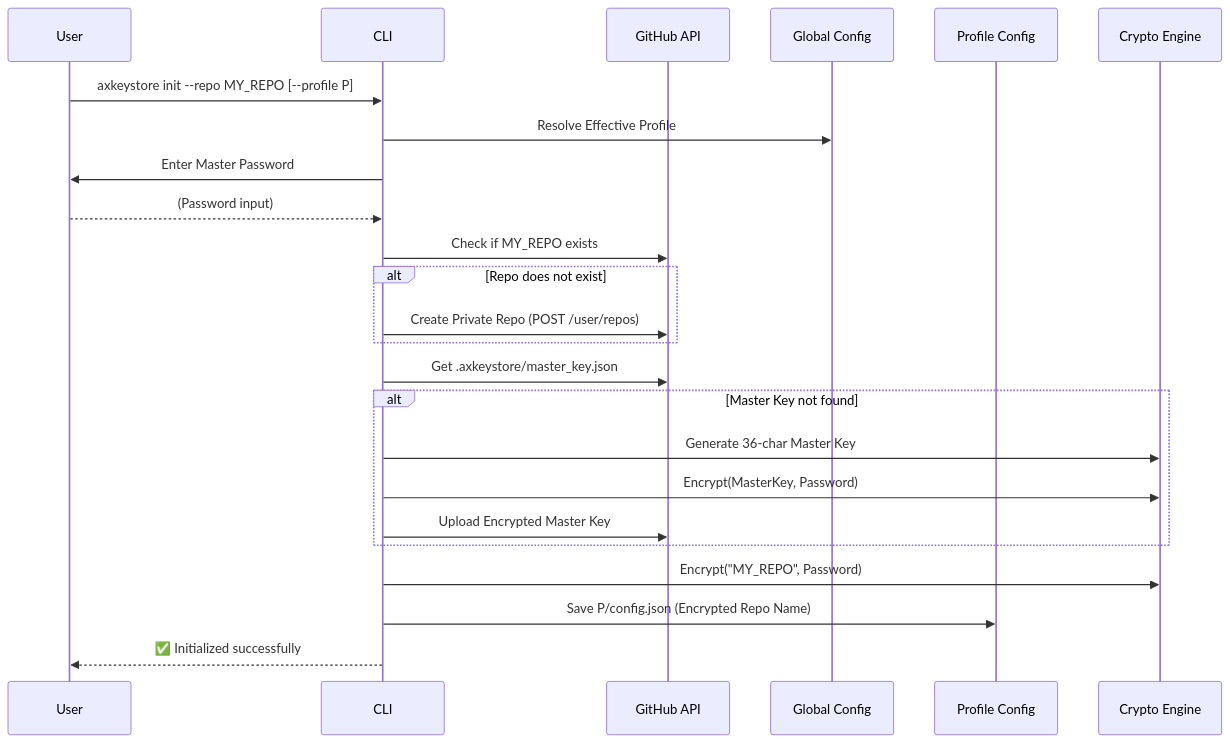
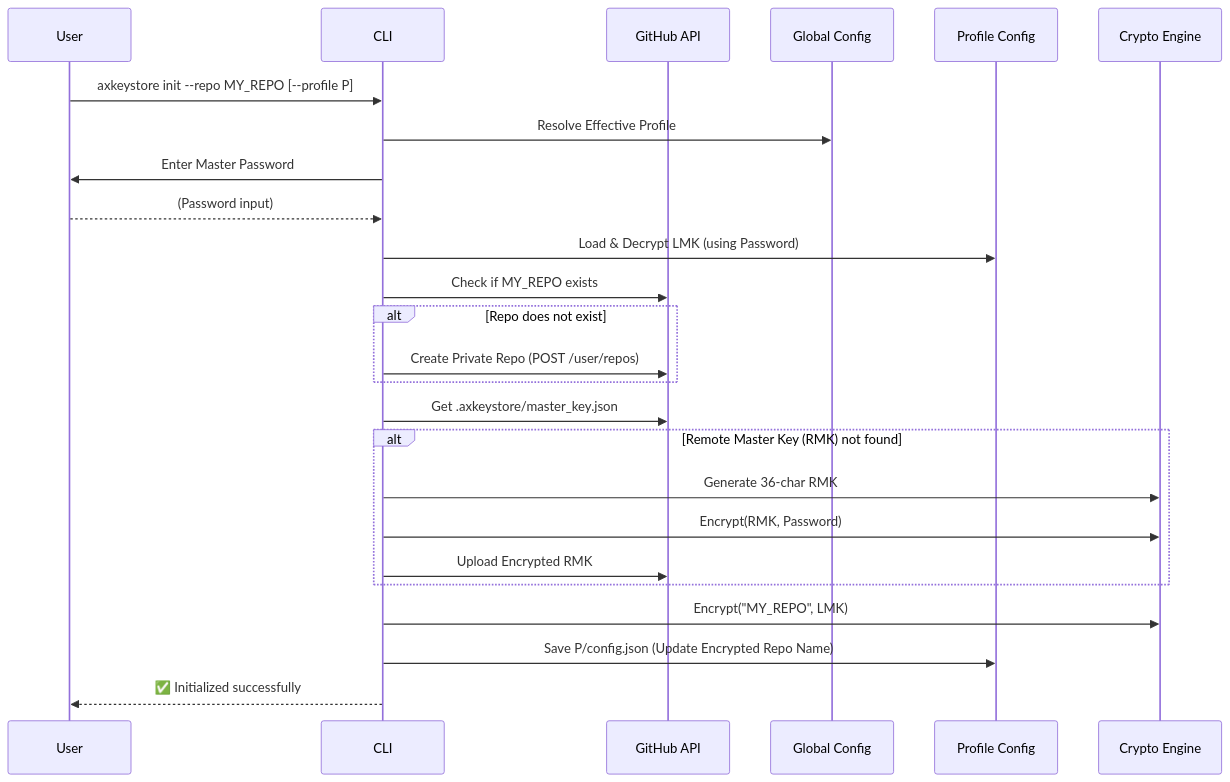
The second of 8 diagrams in README.md (basilgregory/axkeystore), drawn with Mermaid before and after one commit. The commit also changed other lines of this file and 2 other files, not shown here.

Commit message:
reset master password

````diff
--- a/README.md
+++ b/README.md
@@ -262,27 +308,28 @@
 ```mermaid
 sequenceDiagram
     participant U as User
     participant C as CLI
     participant G as GitHub API
     participant GC as Global Config
     participant PC as Profile Config
     participant CR as Crypto Engine
 
     U->>C: axkeystore init --repo MY_REPO [--profile P]
     C->>GC: Resolve Effective Profile
     C->>U: Enter Master Password
     U-->>C: (Password input)
+    C->>PC: Load & Decrypt LMK (using Password)
     C->>G: Check if MY_REPO exists
     alt Repo does not exist
         C->>G: Create Private Repo (POST /user/repos)
     end
     C->>G: Get .axkeystore/master_key.json
-    alt Master Key not found
-        C->>CR: Generate 36-char Master Key
-        C->>CR: Encrypt(MasterKey, Password)
-        C->>G: Upload Encrypted Master Key
+    alt Remote Master Key (RMK) not found
+        C->>CR: Generate 36-char RMK
+        C->>CR: Encrypt(RMK, Password)
+        C->>G: Upload Encrypted RMK
     end
-    C->>CR: Encrypt("MY_REPO", Password)
-    C->>PC: Save P/config.json (Encrypted Repo Name)
+    C->>CR: Encrypt("MY_REPO", LMK)
+    C->>PC: Save P/config.json (Update Encrypted Repo Name)
     C-->>U: ✅ Initialized successfully
 ```
````
